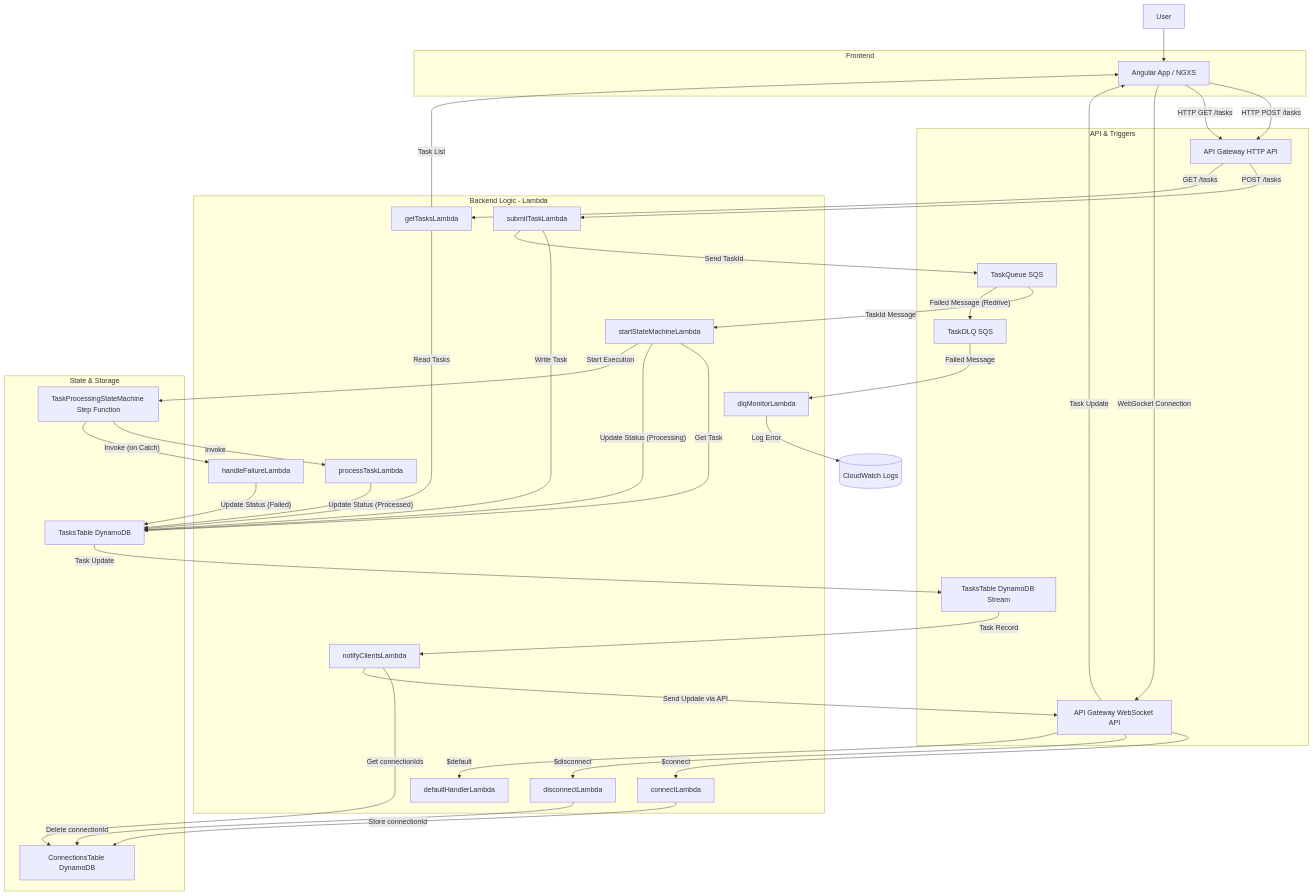
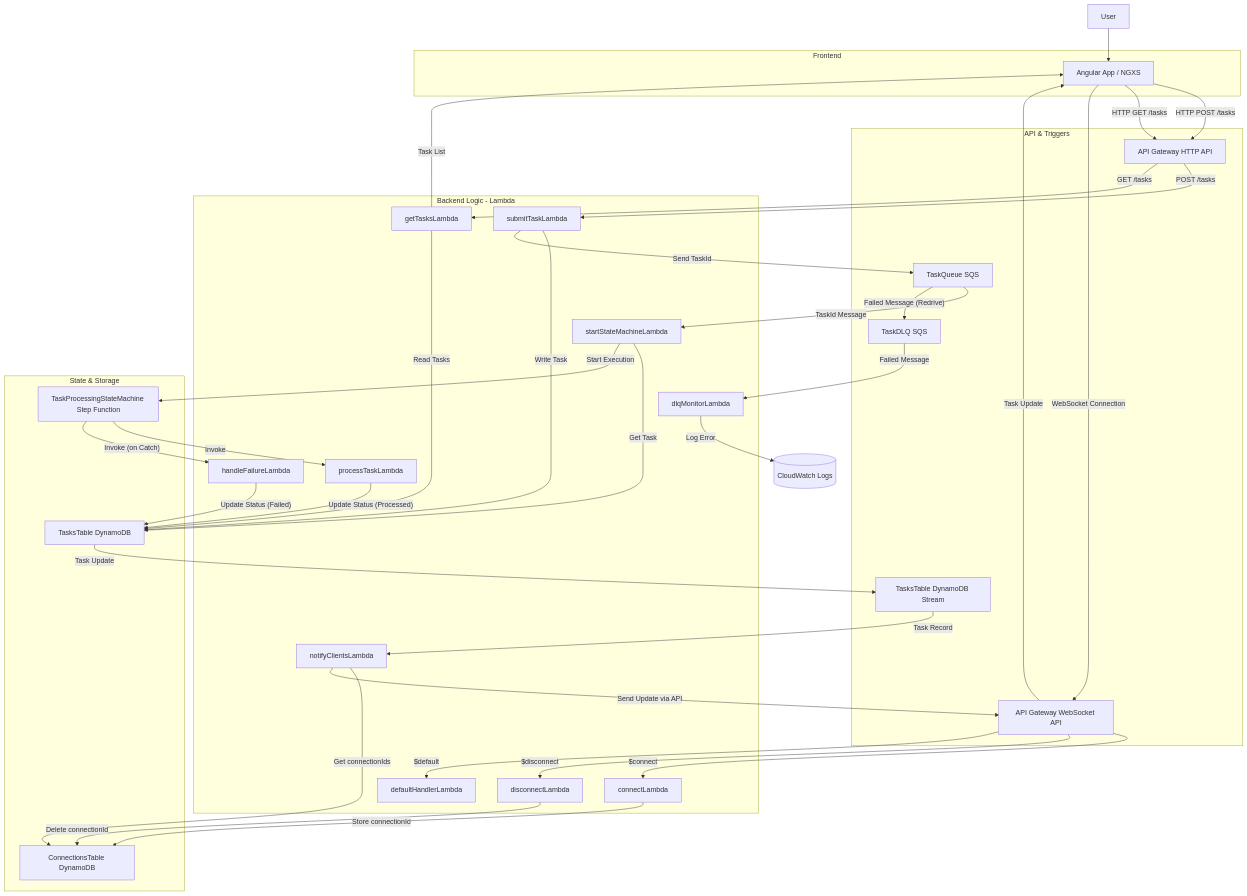
The diagram in backend/docs/architecture.md (anival-github/task-processing-app), drawn with Mermaid before and after one commit. The commit also changed other lines of this file and 20 other files, not shown here.

````diff
--- a/backend/docs/architecture.md
+++ b/backend/docs/architecture.md
@@ -3,74 +3,73 @@
 ```mermaid
 graph TD
     subgraph Frontend
         FE[Angular App / NGXS]
     end
 
     subgraph API & Triggers
         APIGW_HTTP[API Gateway HTTP API]
         APIGW_WS[API Gateway WebSocket API]
         SQS[TaskQueue SQS]
         DDB_Stream[TasksTable DynamoDB Stream]
         DLQ[TaskDLQ SQS]
     end
 
     subgraph Backend Logic - Lambda
         SubmitL[submitTaskLambda]
         GetL[getTasksLambda]
         StartSFL[startStateMachineLambda]
         ProcessL[processTaskLambda]
         HandleFailL[handleFailureLambda]
         MonitorDLQL[dlqMonitorLambda]
         ConnectL[connectLambda]
         DisconnectL[disconnectLambda]
         DefaultL[defaultHandlerLambda]
         NotifyL[notifyClientsLambda]
     end
 
     subgraph State & Storage
         DDB_Tasks[TasksTable DynamoDB]
         DDB_Conn[ConnectionsTable DynamoDB]
         SFN[TaskProcessingStateMachine Step Function]
     end
 
     User --> FE
     FE -- HTTP POST /tasks --> APIGW_HTTP
     FE -- HTTP GET /tasks --> APIGW_HTTP
     FE -- WebSocket Connection --> APIGW_WS
 
     APIGW_HTTP -- POST /tasks --> SubmitL
     APIGW_HTTP -- GET /tasks --> GetL
 
     SubmitL -- Write Task --> DDB_Tasks
     SubmitL -- Send TaskId --> SQS
 
     GetL -- Read Tasks --> DDB_Tasks
     GetL -- Task List --> FE
 
     SQS -- TaskId Message --> StartSFL
     StartSFL -- Get Task --> DDB_Tasks
-    StartSFL -- Update Status (Processing) --> DDB_Tasks
     StartSFL -- Start Execution --> SFN
 
     SFN -- Invoke --> ProcessL
     ProcessL -- Update Status (Processed) --> DDB_Tasks
     SFN -- Invoke (on Catch) --> HandleFailL
     HandleFailL -- Update Status (Failed) --> DDB_Tasks
 
     SQS -- Failed Message (Redrive) --> DLQ
     DLQ -- Failed Message --> MonitorDLQL
     MonitorDLQL -- Log Error --> CloudWatchLogs[(CloudWatch Logs)]
 
     APIGW_WS -- $connect --> ConnectL
     ConnectL -- Store connectionId --> DDB_Conn
     APIGW_WS -- $disconnect --> DisconnectL
     DisconnectL -- Delete connectionId --> DDB_Conn
     APIGW_WS -- $default --> DefaultL
 
     DDB_Tasks -- Task Update --> DDB_Stream
     DDB_Stream -- Task Record --> NotifyL
     NotifyL -- Get connectionIds --> DDB_Conn
     NotifyL -- Send Update via API --> APIGW_WS
     APIGW_WS -- Task Update --> FE
 
 ```
````
